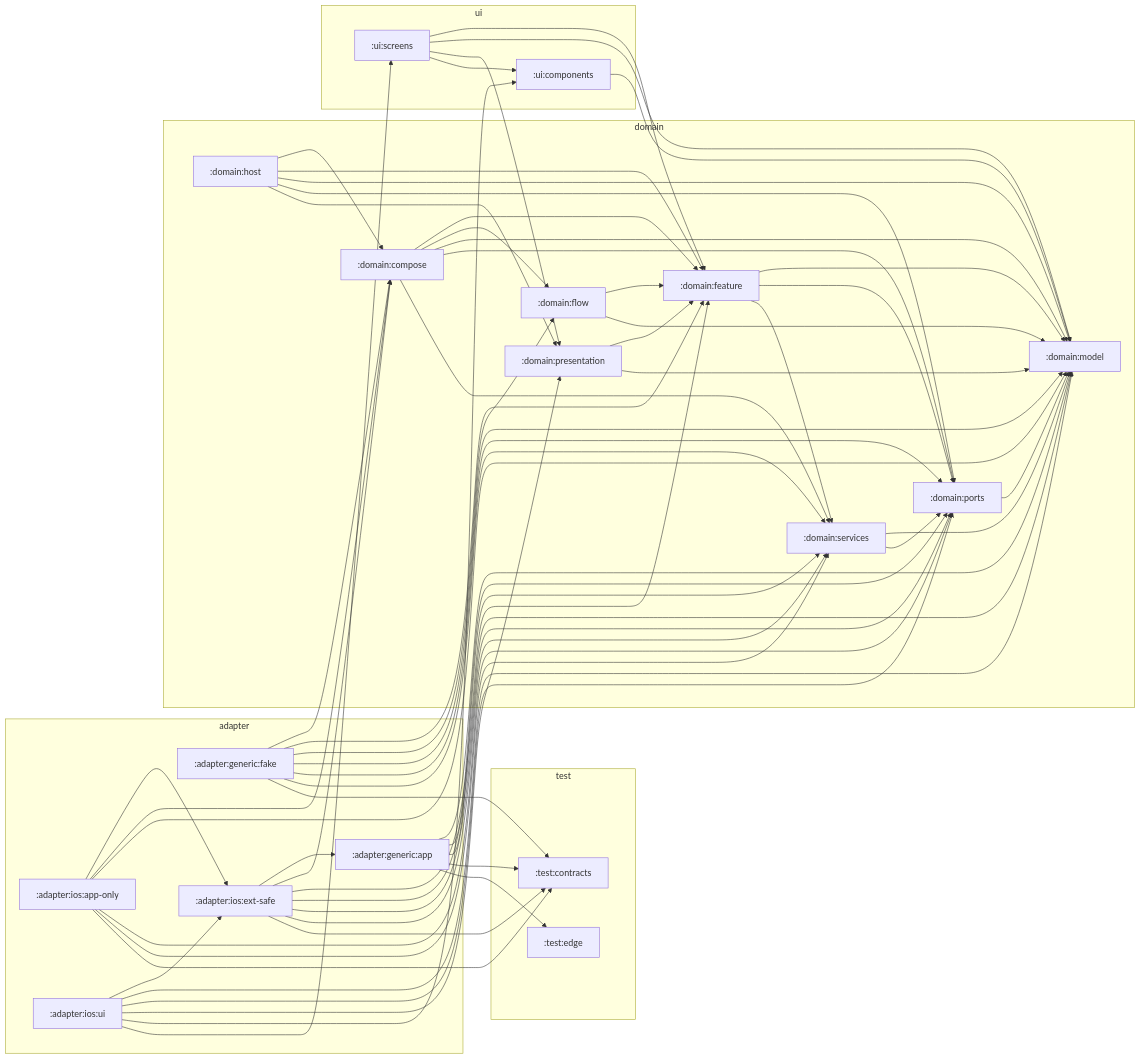
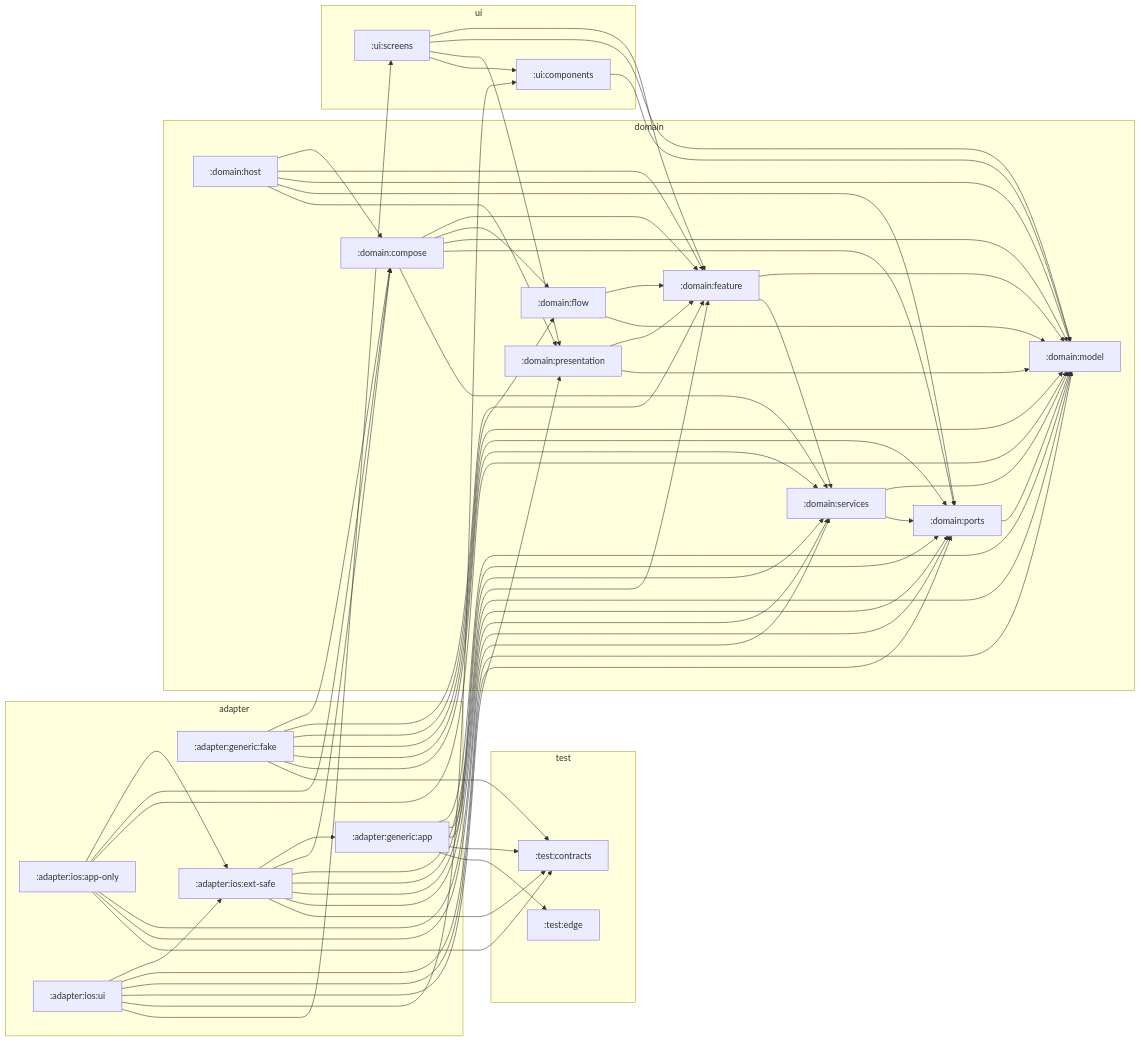
The diagram in architecture/zones.md (stefanhoelzl/SnapSync), drawn with Mermaid before and after one commit. The commit also changed 285 other files, not shown here.

First line of the commit message:
internal(feature-cut): features see services only — the feature → ports edge is gone

```diff
--- a/architecture/zones.md
+++ b/architecture/zones.md
@@ -69,7 +69,6 @@
   domain_compose --> domain_ports
   domain_compose --> domain_services
   domain_feature --> domain_model
-  domain_feature --> domain_ports
   domain_feature --> domain_services
   domain_flow --> domain_feature
   domain_flow --> domain_model
```
